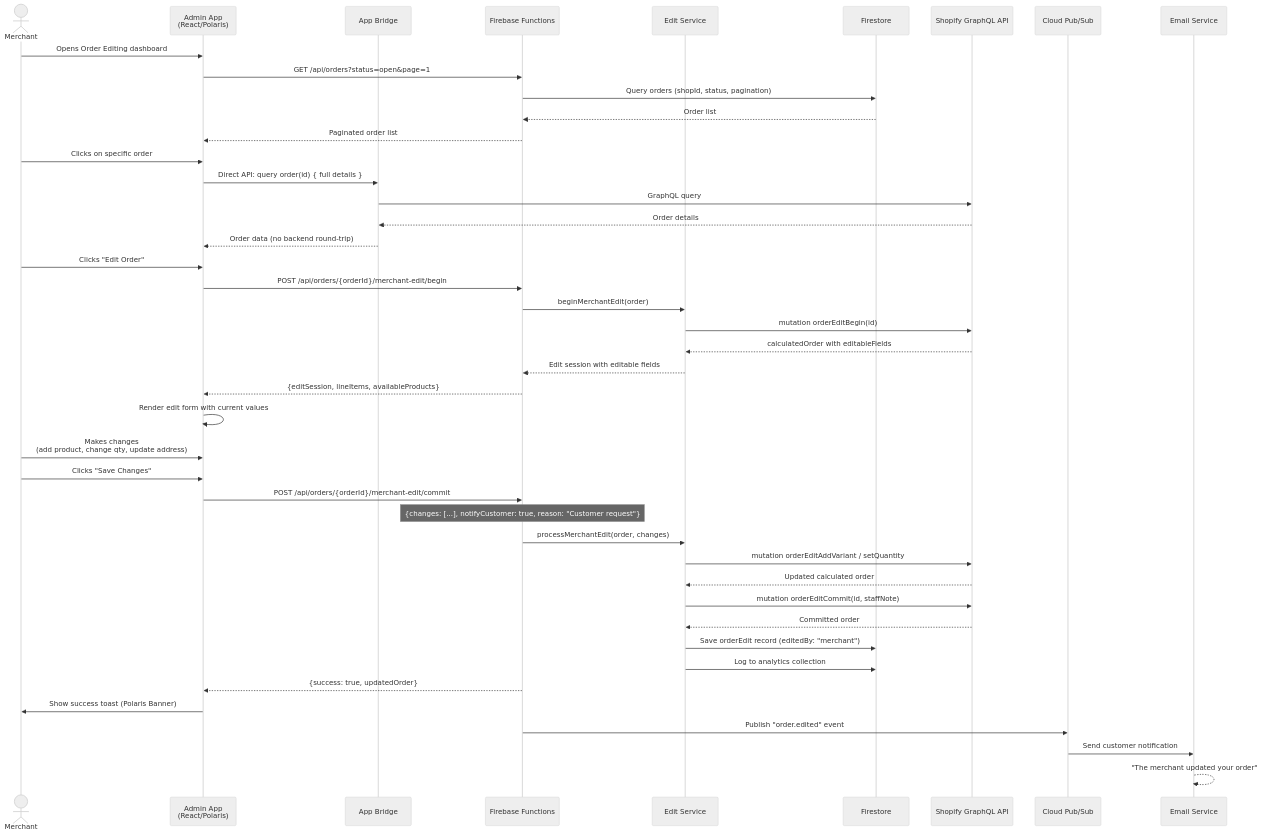
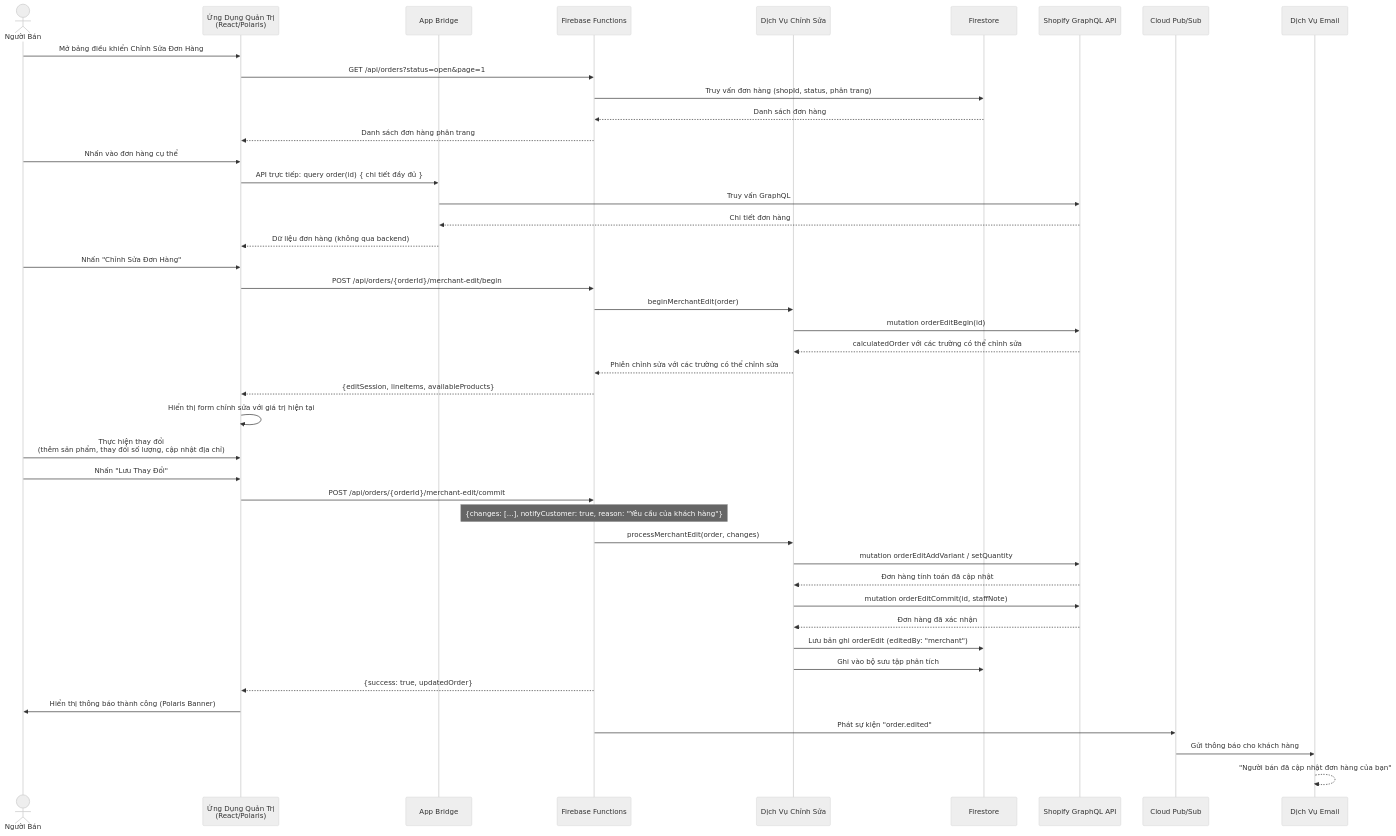
One commit to Roger-46/test changed the fourth of 10 diagrams in order editing/research/08-diagrams.md. Above: the diagram before and after it, drawn with Mermaid (neutral theme). The commit also changed other lines of this file and 20 other files, not shown here.

````diff
--- a/order editing/research/08-diagrams.md
+++ b/order editing/research/08-diagrams.md
@@ -235,55 +235,55 @@
 ```mermaid
 sequenceDiagram
-    actor M as Merchant
-    participant APP as Admin App<br/>(React/Polaris)
+    actor M as Người Bán
+    participant APP as Ứng Dụng Quản Trị<br/>(React/Polaris)
     participant AB as App Bridge
     participant API as Firebase Functions
-    participant SVC as Edit Service
+    participant SVC as Dịch Vụ Chỉnh Sửa
     participant FS as Firestore
     participant SHOP as Shopify GraphQL API
     participant PS as Cloud Pub/Sub
-    participant EMAIL as Email Service
+    participant EMAIL as Dịch Vụ Email
 
-    M->>APP: Opens Order Editing dashboard
+    M->>APP: Mở bảng điều khiển Chỉnh Sửa Đơn Hàng
     APP->>API: GET /api/orders?status=open&page=1
-    API->>FS: Query orders (shopId, status, pagination)
-    FS-->>API: Order list
-    API-->>APP: Paginated order list
+    API->>FS: Truy vấn đơn hàng (shopId, status, phân trang)
+    FS-->>API: Danh sách đơn hàng
+    API-->>APP: Danh sách đơn hàng phân trang
 
-    M->>APP: Clicks on specific order
-    APP->>AB: Direct API: query order(id) { full details }
-    AB->>SHOP: GraphQL query
-    SHOP-->>AB: Order details
-    AB-->>APP: Order data (no backend round-trip)
+    M->>APP: Nhấn vào đơn hàng cụ thể
+    APP->>AB: API trực tiếp: query order(id) { chi tiết đầy đủ }
+    AB->>SHOP: Truy vấn GraphQL
+    SHOP-->>AB: Chi tiết đơn hàng
+    AB-->>APP: Dữ liệu đơn hàng (không qua backend)
 
-    M->>APP: Clicks "Edit Order"
+    M->>APP: Nhấn "Chỉnh Sửa Đơn Hàng"
     APP->>API: POST /api/orders/{orderId}/merchant-edit/begin
     API->>SVC: beginMerchantEdit(order)
     SVC->>SHOP: mutation orderEditBegin(id)
-    SHOP-->>SVC: calculatedOrder with editableFields
-    SVC-->>API: Edit session with editable fields
+    SHOP-->>SVC: calculatedOrder với các trường có thể chỉnh sửa
+    SVC-->>API: Phiên chỉnh sửa với các trường có thể chỉnh sửa
     API-->>APP: {editSession, lineItems, availableProducts}
 
-    APP->>APP: Render edit form with current values
+    APP->>APP: Hiển thị form chỉnh sửa với giá trị hiện tại
 
-    M->>APP: Makes changes<br/>(add product, change qty, update address)
-    M->>APP: Clicks "Save Changes"
+    M->>APP: Thực hiện thay đổi<br/>(thêm sản phẩm, thay đổi số lượng, cập nhật địa chỉ)
+    M->>APP: Nhấn "Lưu Thay Đổi"
     APP->>API: POST /api/orders/{orderId}/merchant-edit/commit
-    Note over API: {changes: [...], notifyCustomer: true, reason: "Customer request"}
+    Note over API: {changes: [...], notifyCustomer: true, reason: "Yêu cầu của khách hàng"}
 
     API->>SVC: processMerchantEdit(order, changes)
     SVC->>SHOP: mutation orderEditAddVariant / setQuantity
-    SHOP-->>SVC: Updated calculated order
+    SHOP-->>SVC: Đơn hàng tính toán đã cập nhật
     SVC->>SHOP: mutation orderEditCommit(id, staffNote)
-    SHOP-->>SVC: Committed order
+    SHOP-->>SVC: Đơn hàng đã xác nhận
 
-    SVC->>FS: Save orderEdit record (editedBy: "merchant")
-    SVC->>FS: Log to analytics collection
+    SVC->>FS: Lưu bản ghi orderEdit (editedBy: "merchant")
+    SVC->>FS: Ghi vào bộ sưu tập phân tích
 
     API-->>APP: {success: true, updatedOrder}
-    APP->>M: Show success toast (Polaris Banner)
+    APP->>M: Hiển thị thông báo thành công (Polaris Banner)
 
-    API->>PS: Publish "order.edited" event
-    PS->>EMAIL: Send customer notification
-    EMAIL-->>EMAIL: "The merchant updated your order"
+    API->>PS: Phát sự kiện "order.edited"
+    PS->>EMAIL: Gửi thông báo cho khách hàng
+    EMAIL-->>EMAIL: "Người bán đã cập nhật đơn hàng của bạn"
 ```
````
